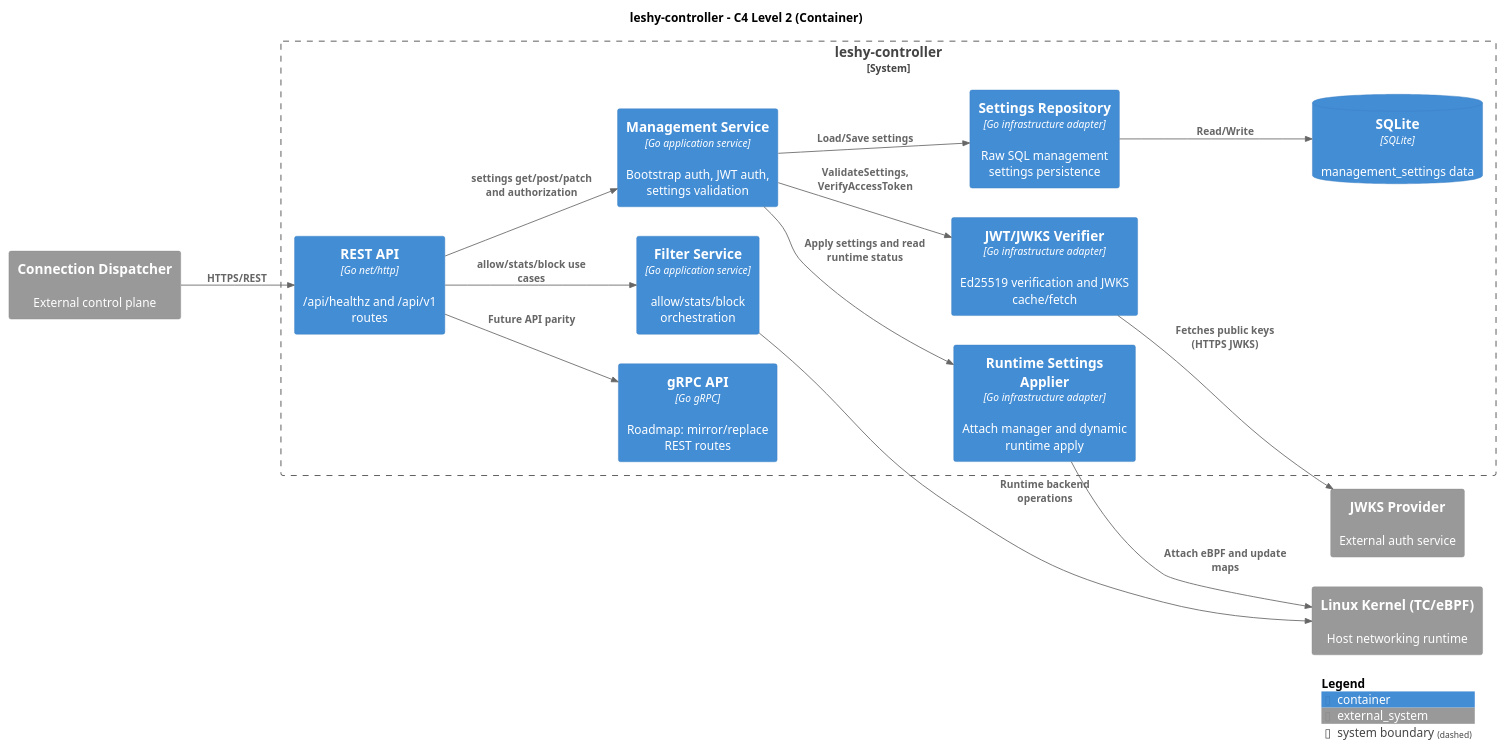
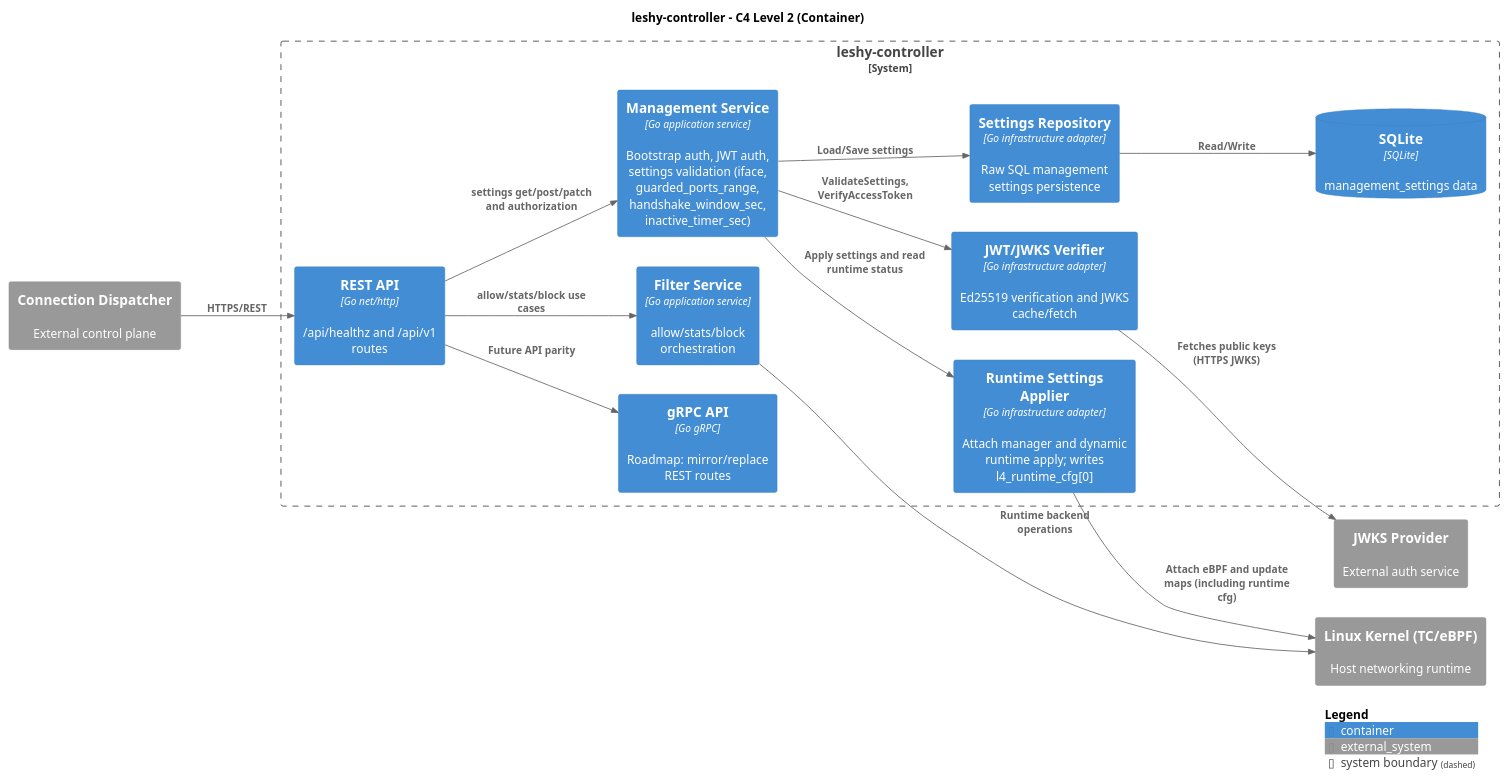
The diagram in docs/plantuml/c4-container.puml (devalv/leshy-controller), drawn with PlantUML before and after one commit. The commit also changed 30 other files, not shown here.

```diff
--- a/docs/plantuml/c4-container.puml
+++ b/docs/plantuml/c4-container.puml
@@ -1,38 +1,38 @@
 @startuml
 !includeurl https://raw.githubusercontent.com/plantuml-stdlib/C4-PlantUML/master/C4_Container.puml
 
 LAYOUT_LEFT_RIGHT()
 title leshy-controller - C4 Level 2 (Container)
 
 System_Ext(dispatcher, "Connection Dispatcher", "External control plane")
 System_Ext(kernel, "Linux Kernel (TC/eBPF)", "Host networking runtime")
 System_Ext(jwks, "JWKS Provider", "External auth service")
 
 System_Boundary(leshy_boundary, "leshy-controller") {
   Container(api, "REST API", "Go net/http", "/api/healthz and /api/v1 routes")
   Container(grpc, "gRPC API", "Go gRPC", "Roadmap: mirror/replace REST routes")
-  Container(mgmt, "Management Service", "Go application service", "Bootstrap auth, JWT auth, settings validation")
+  Container(mgmt, "Management Service", "Go application service", "Bootstrap auth, JWT auth, settings validation (iface, guarded_ports_range, handshake_window_sec, inactive_timer_sec)")
   Container(filt, "Filter Service", "Go application service", "allow/stats/block orchestration")
   Container(verifier, "JWT/JWKS Verifier", "Go infrastructure adapter", "Ed25519 verification and JWKS cache/fetch")
   Container(repo, "Settings Repository", "Go infrastructure adapter", "Raw SQL management settings persistence")
-  Container(runtime, "Runtime Settings Applier", "Go infrastructure adapter", "Attach manager and dynamic runtime apply")
+  Container(runtime, "Runtime Settings Applier", "Go infrastructure adapter", "Attach manager and dynamic runtime apply; writes l4_runtime_cfg[0]")
   ContainerDb(settings_db, "SQLite", "SQLite", "management_settings data")
 }
 
 Rel(dispatcher, api, "HTTPS/REST")
 Rel(api, mgmt, "settings get/post/patch and authorization")
 Rel(api, filt, "allow/stats/block use cases")
 Rel(api, grpc, "Future API parity")
 
 Rel(mgmt, repo, "Load/Save settings")
 Rel(repo, settings_db, "Read/Write")
 
 Rel(mgmt, verifier, "ValidateSettings, VerifyAccessToken")
 Rel(verifier, jwks, "Fetches public keys (HTTPS JWKS)")
 
 Rel(mgmt, runtime, "Apply settings and read runtime status")
-Rel(runtime, kernel, "Attach eBPF and update maps")
+Rel(runtime, kernel, "Attach eBPF and update maps (including runtime cfg)")
 Rel(filt, kernel, "Runtime backend operations")
 
 SHOW_LEGEND()
 @enduml
```
